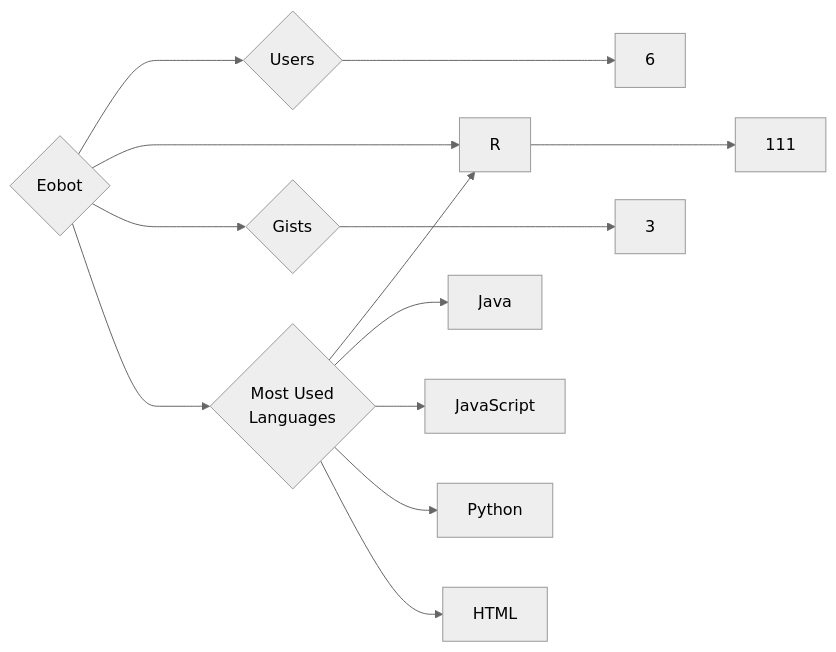
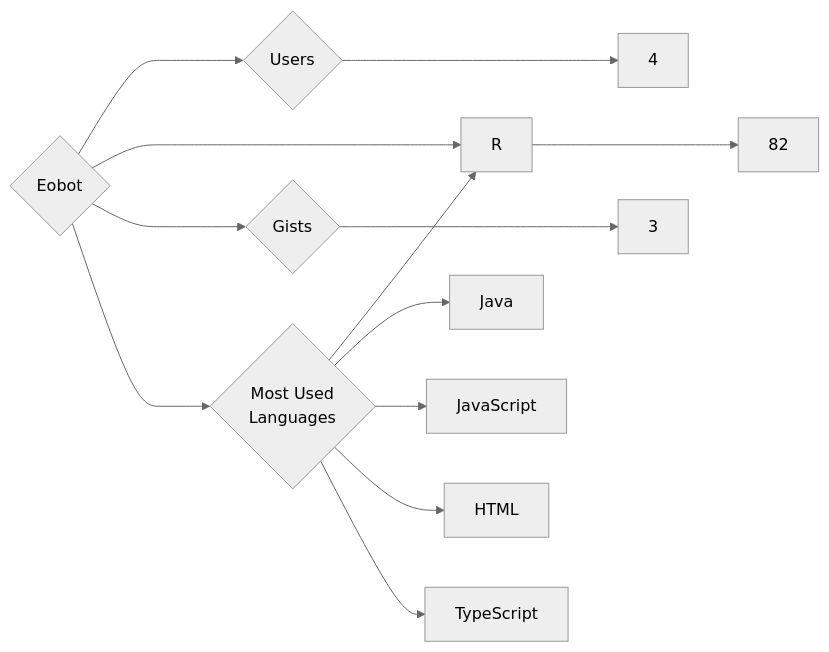
The diagram in targets/Eobot/README.md (trickest/insiders), drawn with Mermaid (neutral theme) before and after one commit. The commit also changed 1195 other files, not shown here.

````diff
--- a/targets/Eobot/README.md
+++ b/targets/Eobot/README.md
@@ -3,13 +3,13 @@
 ```mermaid
 graph LR
 COMPANY_NAME{Eobot}
-COMPANY_NAME ---> U{Users} ---> UN[6]
-COMPANY_NAME ---> R{Repositories} ---> RN[111]
+COMPANY_NAME ---> U{Users} ---> UN[4]
+COMPANY_NAME ---> R{Repositories} ---> RN[82]
 COMPANY_NAME ---> G{Gists} ---> GN[3]
 COMPANY_NAME ---> ML{Most Used<br>Languages}
 ML --> R[R]
 ML --> Java[Java]
 ML --> JavaScript[JavaScript]
-ML --> Python[Python]
 ML --> HTML[HTML]
+ML --> TypeScript[TypeScript]
 ```
````
